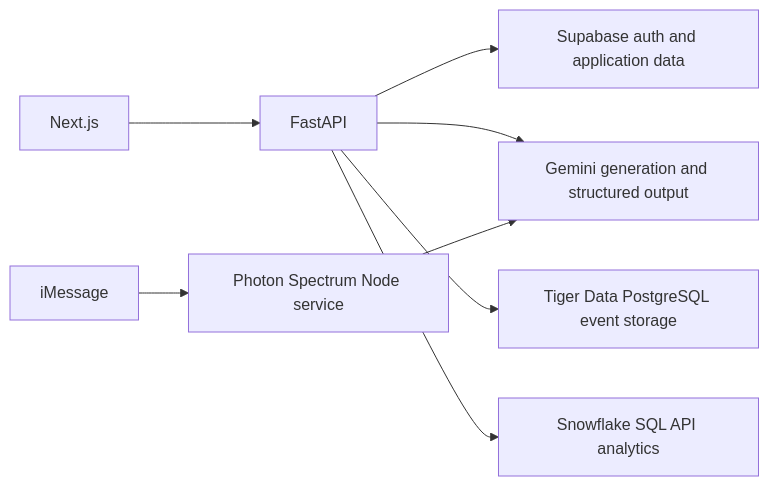
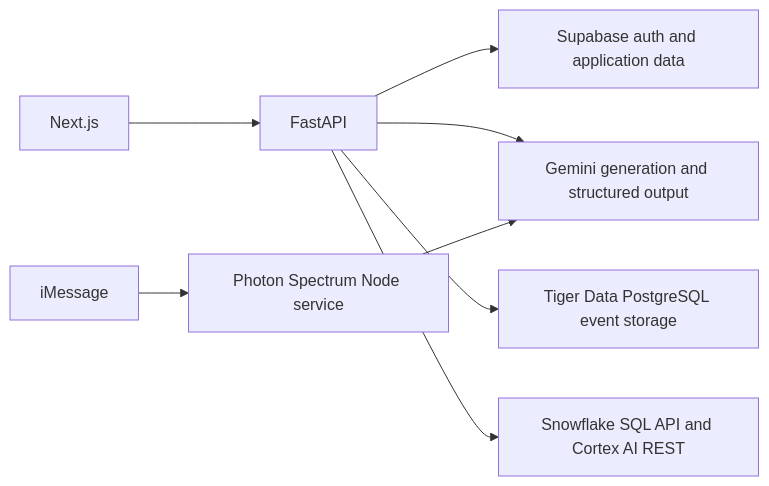
One commit to cepahal/hackathontemplate changed the diagram in finalfrontentbackend/docs/API_SETUP.md. Above: the diagram before and after it, drawn with Mermaid. The commit also changed other lines of this file and 16 other files, not shown here.

Commit message:
Add Snowflake Cortex REST setup and kickoff account notes

````diff
--- a/finalfrontentbackend/docs/API_SETUP.md
+++ b/finalfrontentbackend/docs/API_SETUP.md
@@ -9,10 +9,10 @@
 ```mermaid
 flowchart LR
   Web[Next.js] --> API[FastAPI]
   API --> Supabase[Supabase auth and application data]
   API --> Gemini[Gemini generation and structured output]
   API --> Tiger[Tiger Data PostgreSQL event storage]
-  API --> Snow[Snowflake SQL API analytics]
+  API --> Snow[Snowflake SQL API and Cortex AI REST]
   Phone[iMessage] --> Spectrum[Photon Spectrum Node service]
   Spectrum --> Gemini
 ```
````
